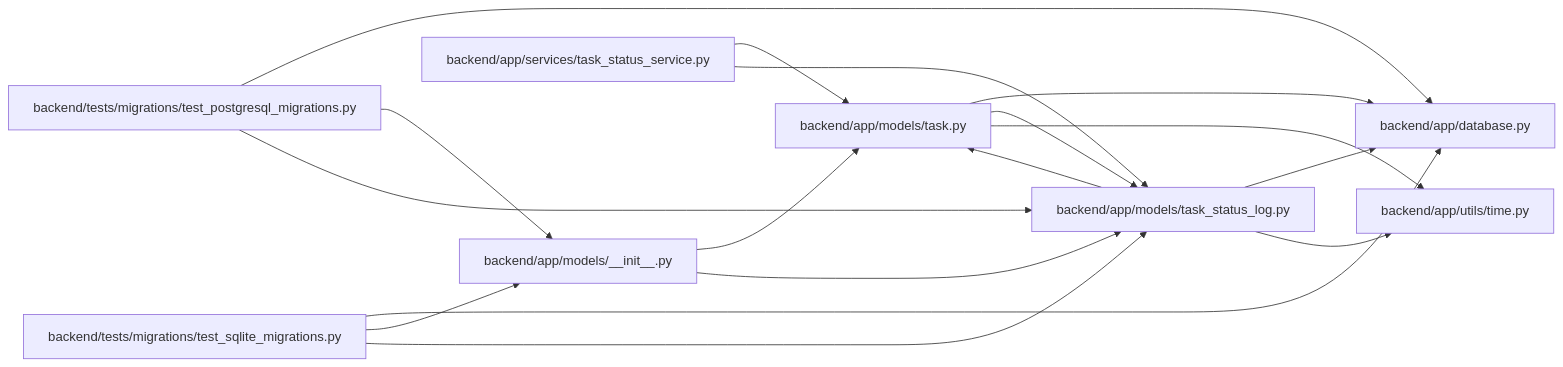
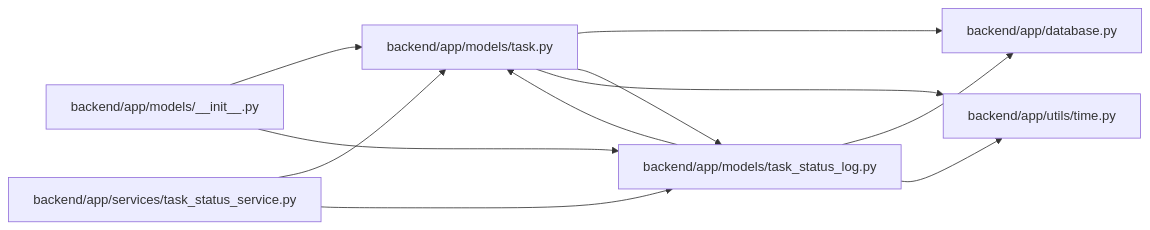
One commit to Denissvgn/WorkChord changed the diagram in docs/llm_wiki/modules/task_status_log.md. Above: the diagram before and after it, drawn with Mermaid. The commit also changed other lines of this file and 778 other files, not shown here.

````diff
--- a/docs/llm_wiki/modules/task_status_log.md
+++ b/docs/llm_wiki/modules/task_status_log.md
@@ -24,35 +24,25 @@
 ```mermaid
 flowchart LR
     n0["backend/app/database.py"]
     n1["backend/app/models/__init__.py"]
     n2["backend/app/models/task.py"]
     n3["backend/app/models/task_status_log.py"]
     n4["backend/app/services/task_status_service.py"]
     n5["backend/app/utils/time.py"]
-    n6["backend/tests/migrations/test_postgresql_migrations.py"]
-    n7["backend/tests/migrations/test_sqlite_migrations.py"]
     n1 --> n2
     n1 --> n3
     n2 --> n0
     n2 --> n3
     n2 --> n5
     n3 --> n0
     n3 --> n2
     n3 --> n5
     n4 --> n2
     n4 --> n3
-    n6 --> n0
-    n6 --> n1
-    n6 --> n3
-    n7 --> n0
-    n7 --> n1
-    n7 --> n3
     click n0 "../modules/app_database.md"
     click n1 "../modules/models___init__.md"
     click n2 "../modules/models_task.md"
     click n3 "../modules/task_status_log.md"
     click n4 "../modules/task_status_service.md"
     click n5 "../modules/time.md"
-    click n6 "../modules/test_postgresql_migrations.md"
-    click n7 "../modules/test_sqlite_migrations.md"
 ```
````
